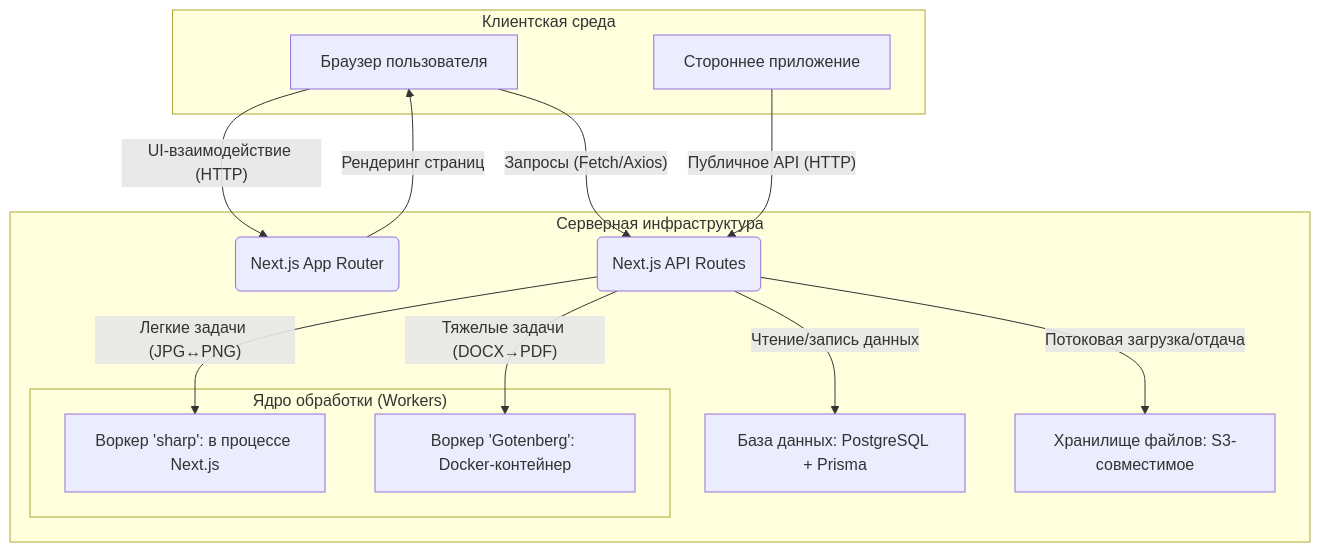
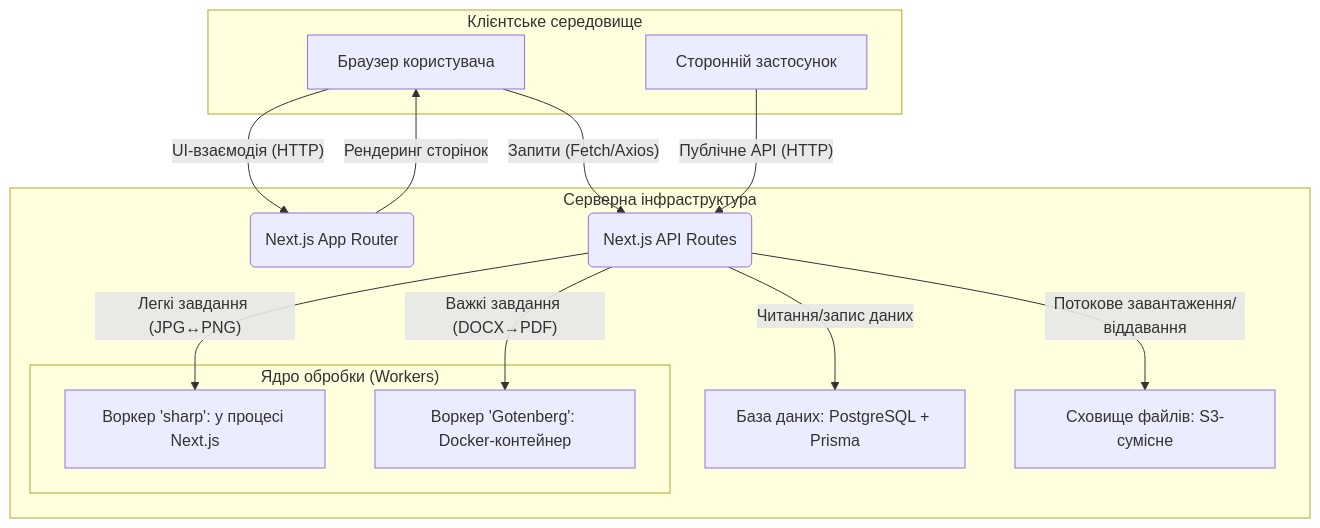
One commit to OlegBon/ip-js_plus_deep_ai-2026-07 changed the diagram in hw-2026-08-05/architecture.md. Above: the diagram before and after it, drawn with Mermaid. The commit also changed other lines of this file and 171 other files, not shown here.

````diff
--- a/hw-2026-08-05/architecture.md
+++ b/hw-2026-08-05/architecture.md
@@ -17,31 +17,31 @@
 ```mermaid
 graph TD
-    subgraph "Клиентская среда"
-        A[Браузер пользователя]
-        B[Стороннее приложение]
+    subgraph "Клієнтське середовище"
+        A[Браузер користувача]
+        B[Сторонній застосунок]
     end
 
-    subgraph "Серверная инфраструктура"
+    subgraph "Серверна інфраструктура"
         C(Next.js App Router)
         D(Next.js API Routes)
-        E["База данных: PostgreSQL + Prisma"]
-        F["Хранилище файлов: S3-совместимое"]
+        E["База даних: PostgreSQL + Prisma"]
+        F["Сховище файлів: S3-сумісне"]
 
-        subgraph "Ядро обработки (Workers)"
-            G["Воркер 'sharp': в процессе Next.js"]
+        subgraph "Ядро обробки (Workers)"
+            G["Воркер 'sharp': у процесі Next.js"]
             H["Воркер 'Gotenberg': Docker-контейнер"]
         end
     end
 
-    A -- "UI-взаимодействие (HTTP)" --> C
-    A -- "Запросы (Fetch/Axios)" --> D
+    A -- "UI-взаємодія (HTTP)" --> C
+    A -- "Запити (Fetch/Axios)" --> D
 
-    B -- "Публичное API (HTTP)" --> D
+    B -- "Публічне API (HTTP)" --> D
 
-    C -- "Рендеринг страниц" --> A
+    C -- "Рендеринг сторінок" --> A
 
-    D -- "Чтение/запись данных" --> E
-    D -- "Потоковая загрузка/отдача" --> F
-    D -- "Легкие задачи (JPG↔PNG)" --> G
-    D -- "Тяжелые задачи (DOCX→PDF)" --> H
+    D -- "Читання/запис даних" --> E
+    D -- "Потокове завантаження/віддавання" --> F
+    D -- "Легкі завдання (JPG↔PNG)" --> G
+    D -- "Важкі завдання (DOCX→PDF)" --> H
 ```
````
